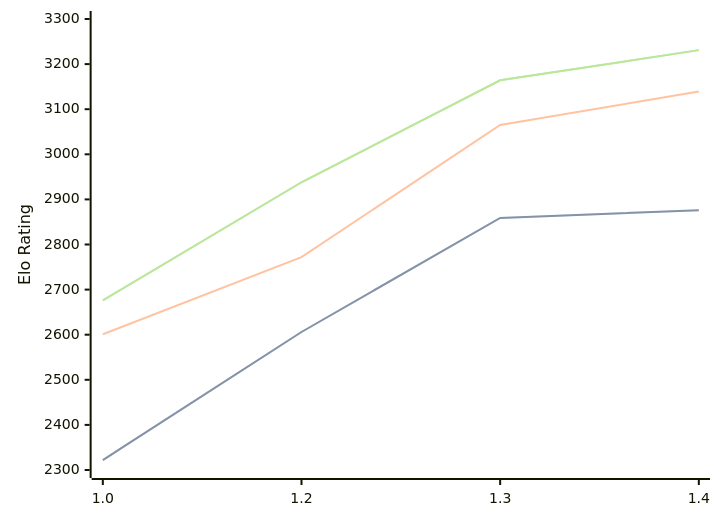
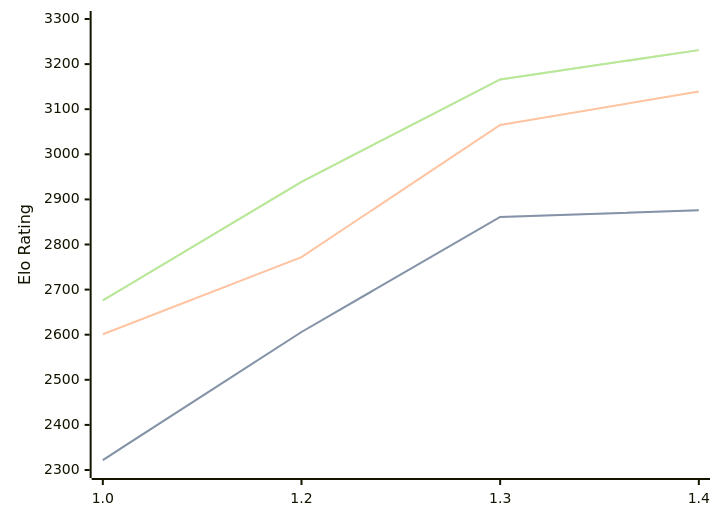
Before and after one commit to computer-chess-index/cci: the diagram in engines/Chessnix.md, drawn with Mermaid. The commit also changed other lines of this file, not shown here.

Commit message:
Update CCI Ratings (ELO VLTC) - 2026-08-29

````diff
--- a/engines/Chessnix.md
+++ b/engines/Chessnix.md
@@ -34,11 +34,11 @@
 ```mermaid
 %%{init: {"theme":"base","themeVariables":{"seriesColors:['#a3a3a3','#222221','#faa371']}}}%%
 xychart-beta
   x-axis ["1.0", "1.2", "1.3", "1.4"]
   y-axis "Elo Rating" 2300 --> 3300
-  line "" [2322, 2606, 2859, 2876]
-  line "STC (8.0+0.08s)" [2322, 2606, 2859, 2876]
+  line "" [2322, 2606, 2861, 2876]
+  line "STC (8.0+0.08s)" [2322, 2606, 2861, 2876]
   line "LTC (60.0+0.60s)" [2601, 2772, 3065, 3139]
-  line "" [2676, 2938, 3164, 3231]
-  line "VLTC (2m24s+1.12s)" [2676, 2938, 3164, 3231]
+  line "" [2676, 2939, 3166, 3231]
+  line "VLTC (2m24s+1.12s)" [2676, 2939, 3166, 3231]
 ```
````
